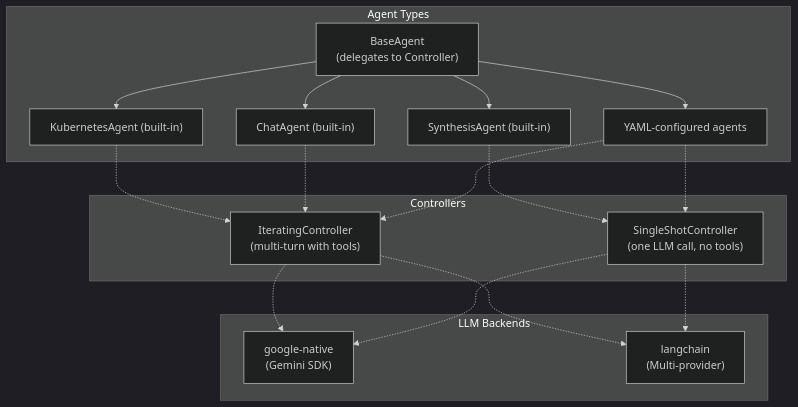
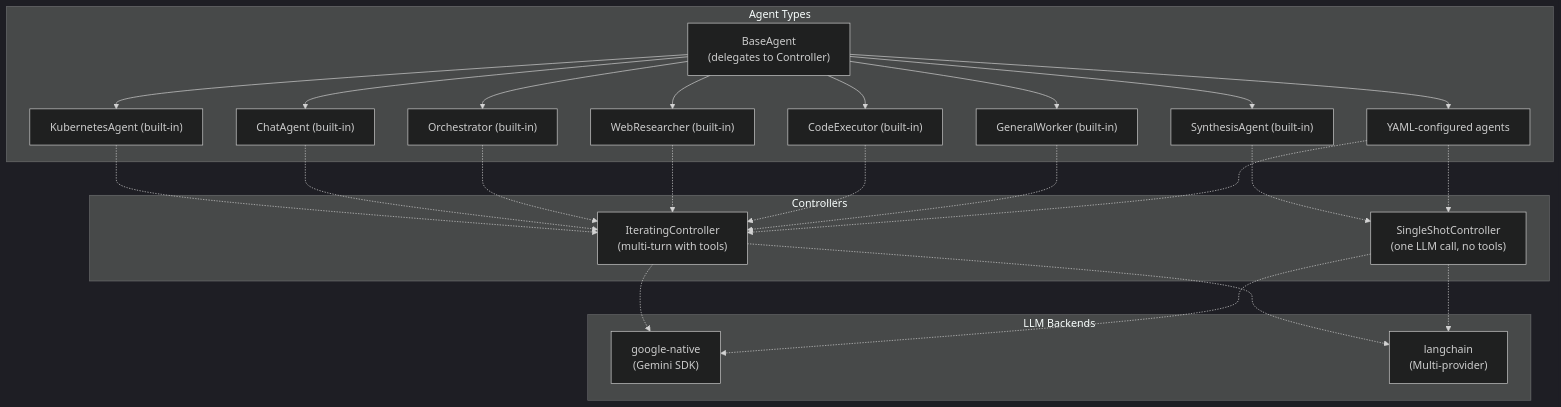
Before and after one commit to codeready-toolchain/tarsy: the fourth of 9 diagrams in docs/functional-areas-design.md, drawn with Mermaid (dark theme). The commit also changed other lines of this file and 42 other files, not shown here.

````diff
--- a/docs/functional-areas-design.md
+++ b/docs/functional-areas-design.md
@@ -360,36 +362,48 @@
 ```mermaid
 graph TB
     subgraph agentTypes [Agent Types]
         BA["BaseAgent<br/>(delegates to Controller)"]
         KA["KubernetesAgent (built-in)"]
         SA["SynthesisAgent (built-in)"]
         CA["ChatAgent (built-in)"]
+        OA["Orchestrator (built-in)"]
+        WR["WebResearcher (built-in)"]
+        CE["CodeExecutor (built-in)"]
+        GW["GeneralWorker (built-in)"]
         YA["YAML-configured agents"]
     end
 
     subgraph controllers [Controllers]
         FC["IteratingController<br/>(multi-turn with tools)"]
         SC["SingleShotController<br/>(one LLM call, no tools)"]
     end
 
     subgraph backends [LLM Backends]
         GN["google-native<br/>(Gemini SDK)"]
         LC["langchain<br/>(Multi-provider)"]
     end
 
     BA --> KA
     BA --> SA
     BA --> CA
+    BA --> OA
+    BA --> WR
+    BA --> CE
+    BA --> GW
     BA --> YA
 
     KA -.-> FC
     CA -.-> FC
+    OA -.-> FC
+    WR -.-> FC
+    CE -.-> FC
+    GW -.-> FC
     SA -.-> SC
     YA -.-> FC
     YA -.-> SC
 
     FC -.-> GN
     FC -.-> LC
     SC -.-> GN
     SC -.-> LC
 ```
````
